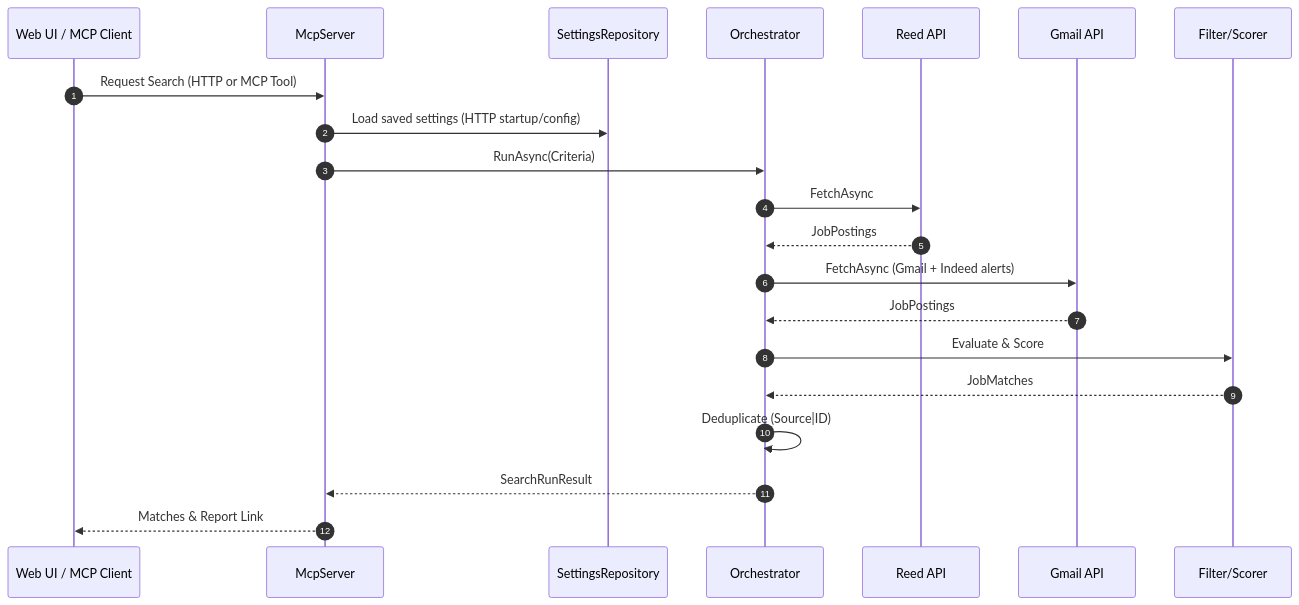
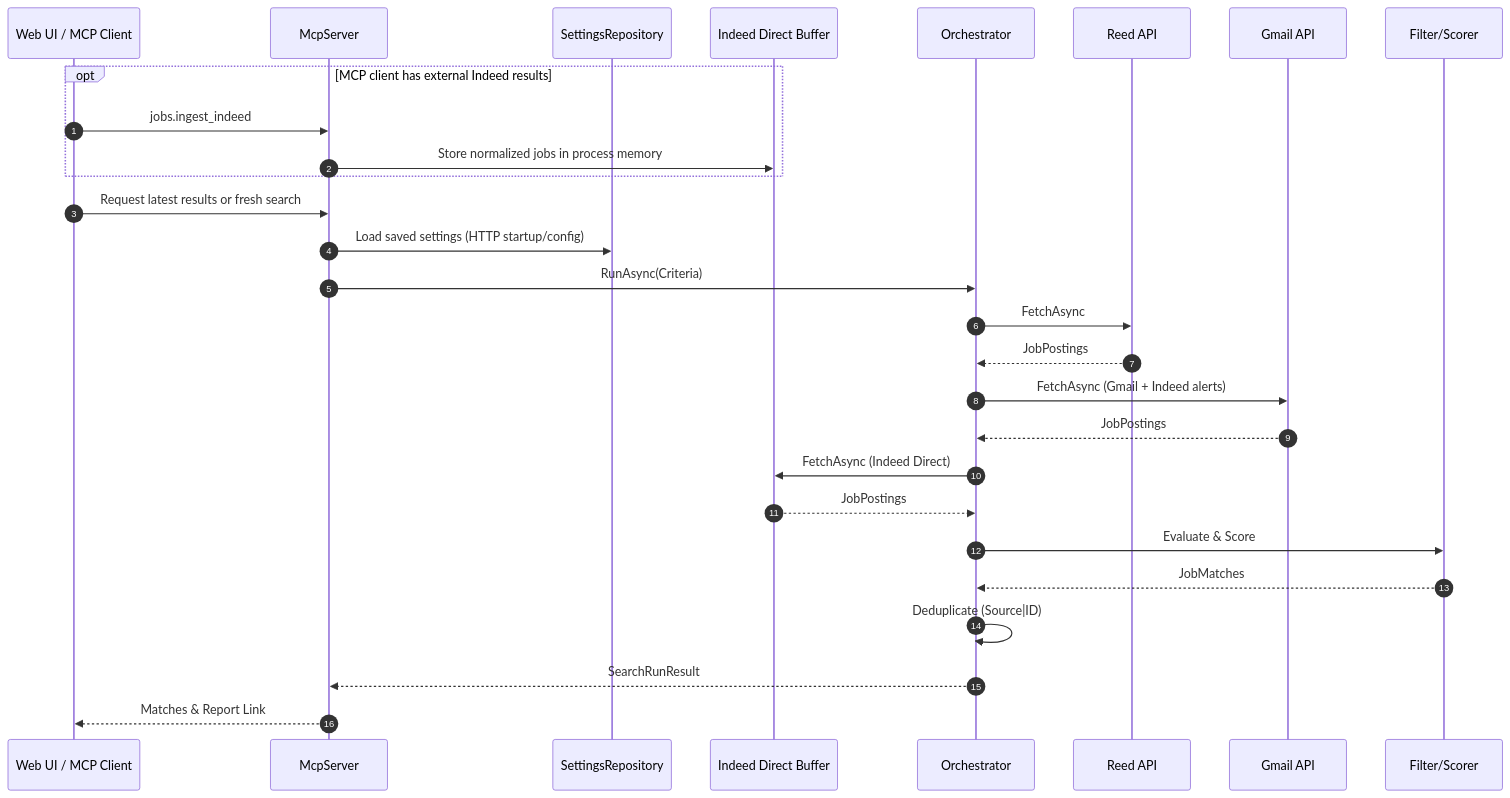
Before and after one commit to ekanatha-urivakili/AiJobSearchAgent: the fifth of 6 diagrams in docs/job-search-agent-architecture.md, drawn with Mermaid. The commit also changed other lines of this file and 5 other files, not shown here.

````diff
--- a/docs/job-search-agent-architecture.md
+++ b/docs/job-search-agent-architecture.md
@@ -194,24 +203,32 @@
 ```mermaid
 sequenceDiagram
     autonumber
     participant Client as Web UI / MCP Client
     participant Server as McpServer
     participant Settings as SettingsRepository
+    participant Direct as Indeed Direct Buffer
     participant Orchestrator
     participant Reed as Reed API
     participant Gmail as Gmail API
     participant Scorer as Filter/Scorer
 
-    Client->>Server: Request Search (HTTP or MCP Tool)
+    opt MCP client has external Indeed results
+        Client->>Server: jobs.ingest_indeed
+        Server->>Direct: Store normalized jobs in process memory
+    end
+
+    Client->>Server: Request latest results or fresh search
     Server->>Settings: Load saved settings (HTTP startup/config)
     Server->>Orchestrator: RunAsync(Criteria)
     Orchestrator->>Reed: FetchAsync
     Reed-->>Orchestrator: JobPostings
     Orchestrator->>Gmail: FetchAsync (Gmail + Indeed alerts)
     Gmail-->>Orchestrator: JobPostings
+    Orchestrator->>Direct: FetchAsync (Indeed Direct)
+    Direct-->>Orchestrator: JobPostings
     Orchestrator->>Scorer: Evaluate & Score
     Scorer-->>Orchestrator: JobMatches
     Orchestrator->>Orchestrator: Deduplicate (Source|ID)
     Orchestrator-->>Server: SearchRunResult
     Server-->>Client: Matches & Report Link
 ```
````
